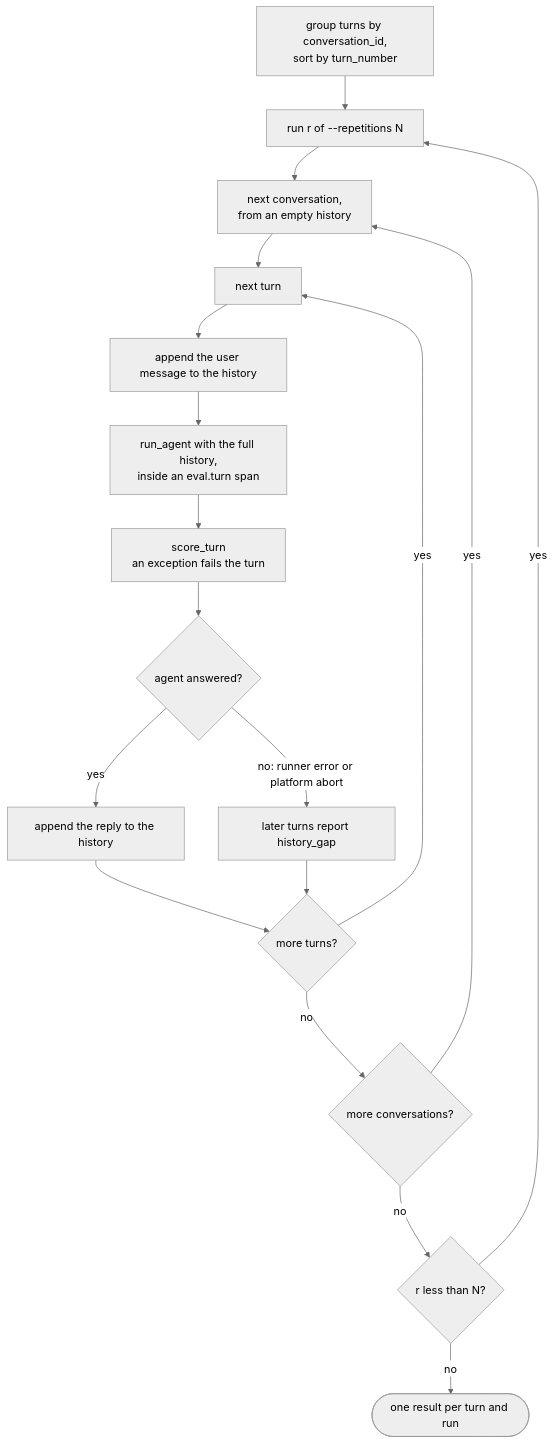
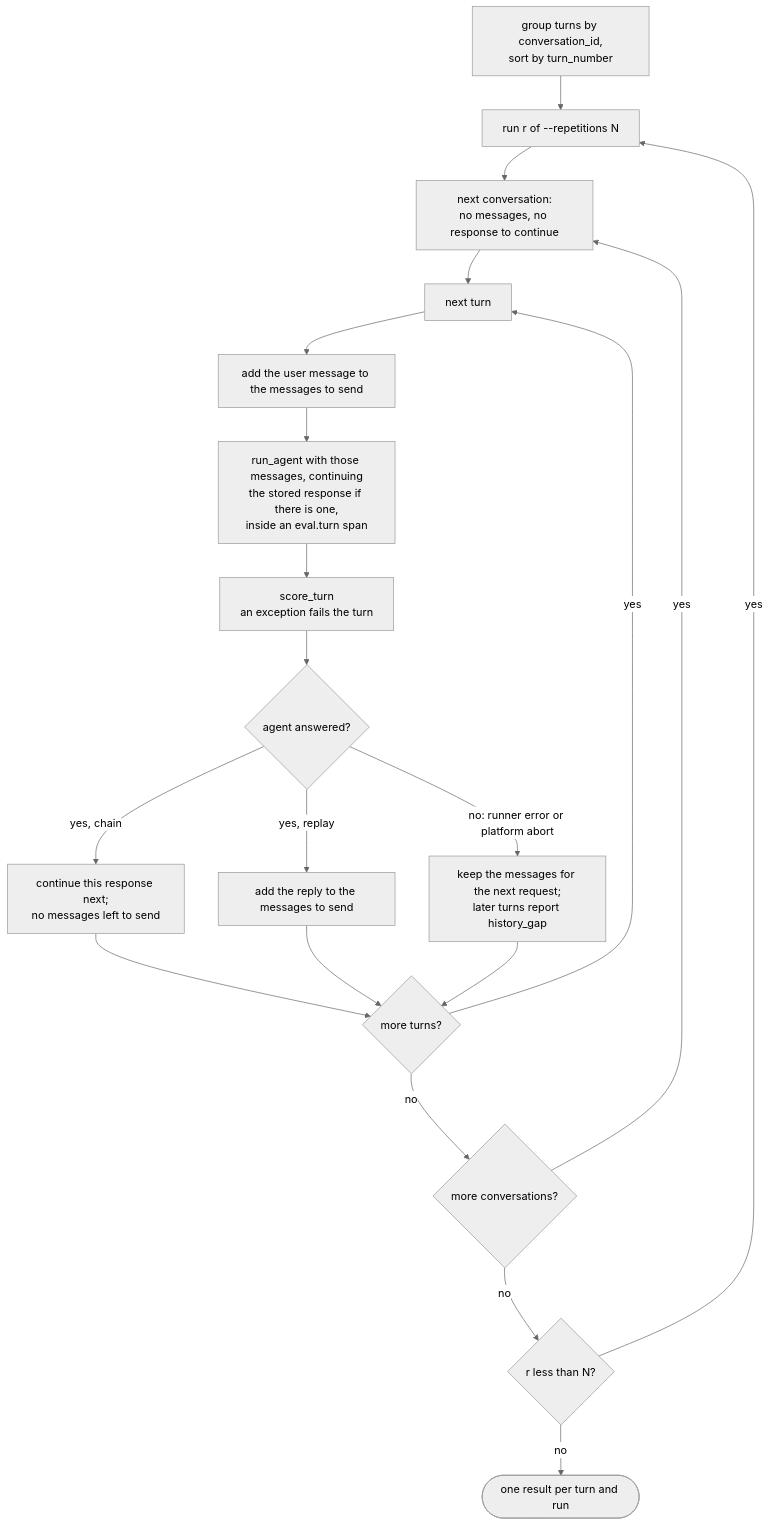
One commit to bradrlaw/foundryToolboxEval changed diagram 11 of 17 in docs/architecture.md. Above: the diagram before and after it, drawn with Mermaid (neutral theme). The commit also changed other lines of this file and 15 other files, not shown here.

First line of the commit message:
Chain multi-turn conversations; record ASSERT provenance

````diff
--- a/docs/architecture.md
+++ b/docs/architecture.md
@@ -576,20 +581,22 @@
 ```mermaid
 flowchart TD
     group["group turns by conversation_id,<br/>sort by turn_number"] --> rep["run r of --repetitions N"]
-    rep --> conv["next conversation,<br/>from an empty history"]
+    rep --> conv["next conversation:<br/>no messages, no response to continue"]
     conv --> next["next turn"]
-    next --> user["append the user message to the history"]
-    user --> invoke["run_agent with the full history,<br/>inside an eval.turn span"]
+    next --> user["add the user message to the messages to send"]
+    user --> invoke["run_agent with those messages, continuing<br/>the stored response if there is one,<br/>inside an eval.turn span"]
     invoke --> score["score_turn<br/>an exception fails the turn"]
     score --> answered{"agent answered?"}
-    answered -->|"yes"| asst["append the reply to the history"]
-    answered -->|"no: runner error or platform abort"| gap["later turns report history_gap"]
-    asst --> more{"more turns?"}
+    answered -->|"yes, chain"| chain["continue this response next;<br/>no messages left to send"]
+    answered -->|"yes, replay"| asst["add the reply to the messages to send"]
+    answered -->|"no: runner error or platform abort"| gap["keep the messages for the next request;<br/>later turns report history_gap"]
+    chain --> more{"more turns?"}
+    asst --> more
     gap --> more
     more -->|"yes"| next
     more -->|"no"| convs{"more conversations?"}
     convs -->|"yes"| conv
     convs -->|"no"| reps{"r less than N?"}
     reps -->|"yes"| rep
     reps -->|"no"| done(["one result per turn and run"])
 ```
````
